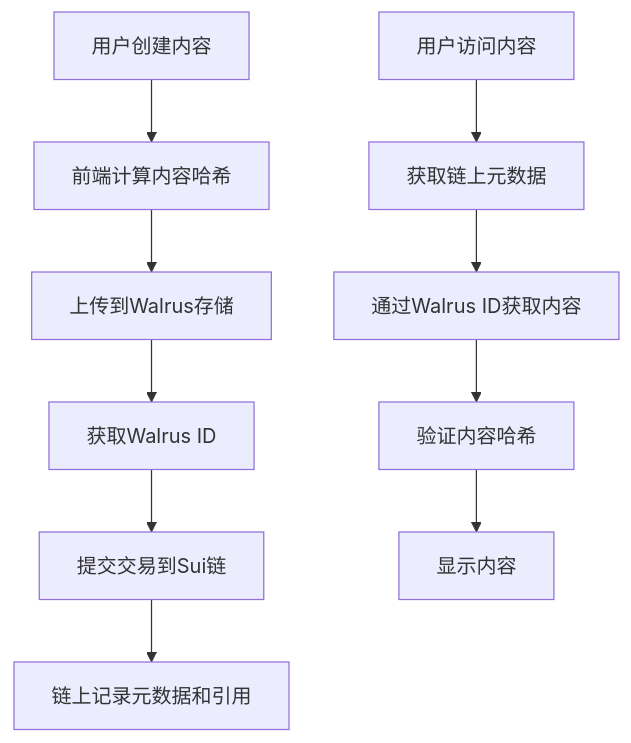
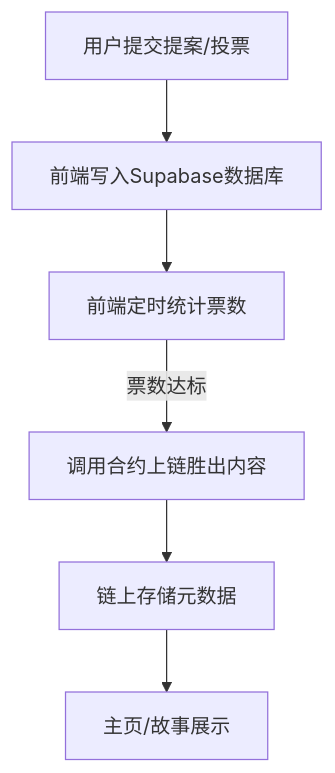
One commit to DudeGuuud/NarrFlow-Web3 changed the first of 2 diagrams in Proposal.md. Above: the diagram before and after it, drawn with Mermaid. The commit also changed other lines of this file and 32 other files, not shown here.

````diff
--- a/Proposal.md
+++ b/Proposal.md
@@ -298,13 +41,8 @@
 ```mermaid
-graph TD
-    A[用户创建内容] --> B[前端计算内容哈希]
-    B --> C[上传到Walrus存储]
-    C --> D[获取Walrus ID]
-    D --> E[提交交易到Sui链]
-    E --> F[链上记录元数据和引用]
-    
-    G[用户访问内容] --> H[获取链上元数据]
-    H --> I[通过Walrus ID获取内容]
-    I --> J[验证内容哈希]
-    J --> K[显示内容]
+flowchart TD
+    A[用户提交提案/投票] --> B[前端写入Supabase数据库]
+    B --> C[前端定时统计票数]
+    C -->|票数达标| D[调用合约上链胜出内容]
+    D --> E[链上存储元数据]
+    E --> F[主页/故事展示]
 ```
````
